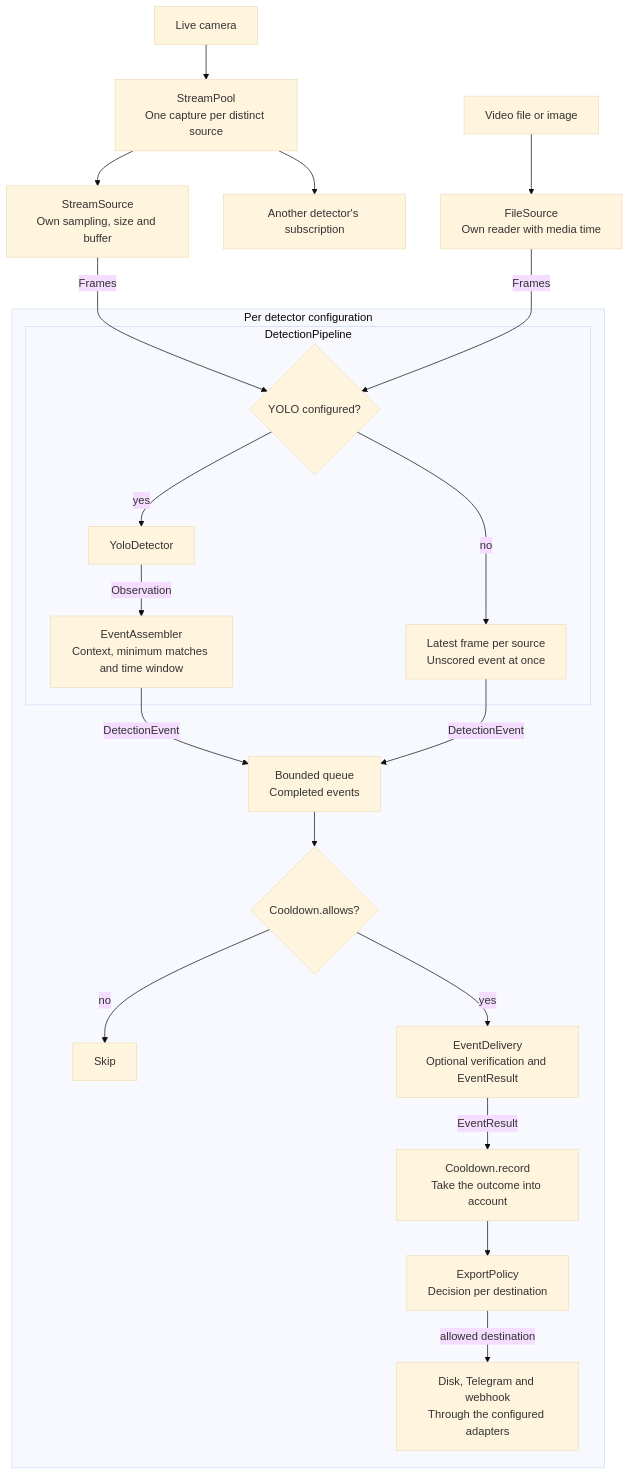
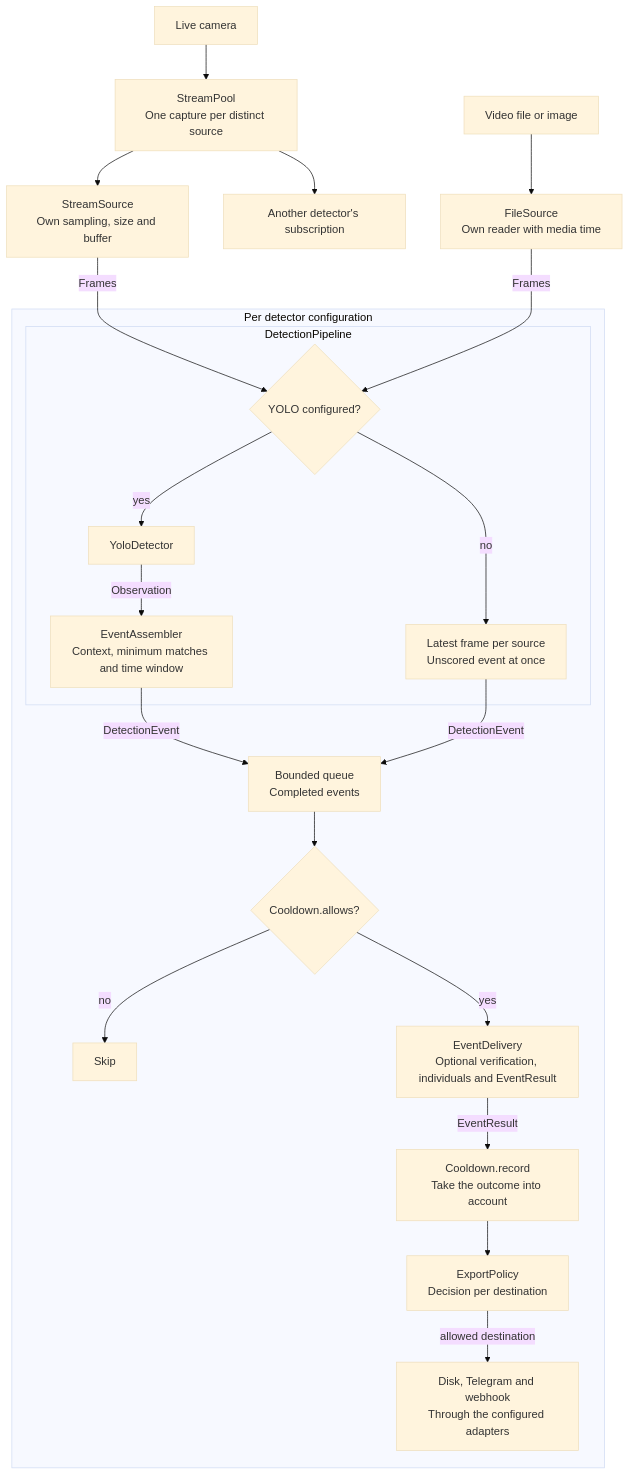
Before and after one commit to ESchouten/ai-detector: the third of 3 diagrams in detector/ARCHITECTURE.md, drawn with Mermaid (base theme). The commit also changed other lines of this file and 29 other files, not shown here.

````diff
--- a/detector/ARCHITECTURE.md
+++ b/detector/ARCHITECTURE.md
@@ -153,38 +158,38 @@
 ```mermaid
 flowchart TB
     Camera["Live camera"] --> Pool["StreamPool<br/>One capture per distinct source"]
     Pool --> Subscription["StreamSource<br/>Own sampling, size and buffer"]
     Pool --> Other["Another detector's subscription"]
     File["Video file or image"] --> FileSource["FileSource<br/>Own reader with media time"]
 
     subgraph Worker["Per detector configuration"]
         subgraph Pipeline["DetectionPipeline"]
             Mode{"YOLO configured?"}
             Inference["YoloDetector"]
             Events["EventAssembler<br/>Context, minimum matches and time window"]
             Snapshot["Latest frame per source<br/>Unscored event at once"]
             Mode -->|yes| Inference
             Inference -->|Observation| Events
             Mode -->|no| Snapshot
         end
         Queue["Bounded queue<br/>Completed events"]
         Allowed{"Cooldown.allows?"}
         Skip["Skip"]
-        Verify["EventDelivery<br/>Optional verification and EventResult"]
+        Verify["EventDelivery<br/>Optional verification, individuals and EventResult"]
         Record["Cooldown.record<br/>Take the outcome into account"]
         Policy["ExportPolicy<br/>Decision per destination"]
         Export["Disk, Telegram and webhook<br/>Through the configured adapters"]
 
         Events -->|DetectionEvent| Queue
         Snapshot -->|DetectionEvent| Queue
         Queue --> Allowed
         Allowed -->|no| Skip
         Allowed -->|yes| Verify
         Verify -->|EventResult| Record
         Record --> Policy
         Policy -->|allowed destination| Export
     end
 
     Subscription -->|Frames| Mode
     FileSource -->|Frames| Mode
 ```
````
